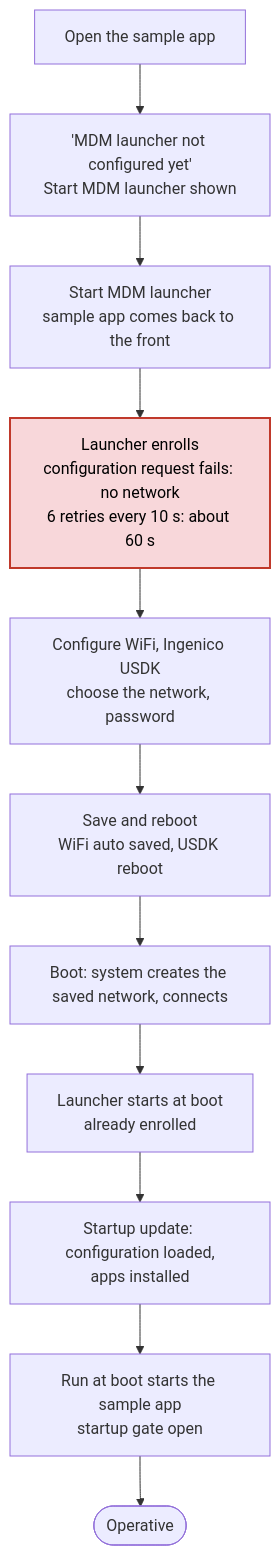
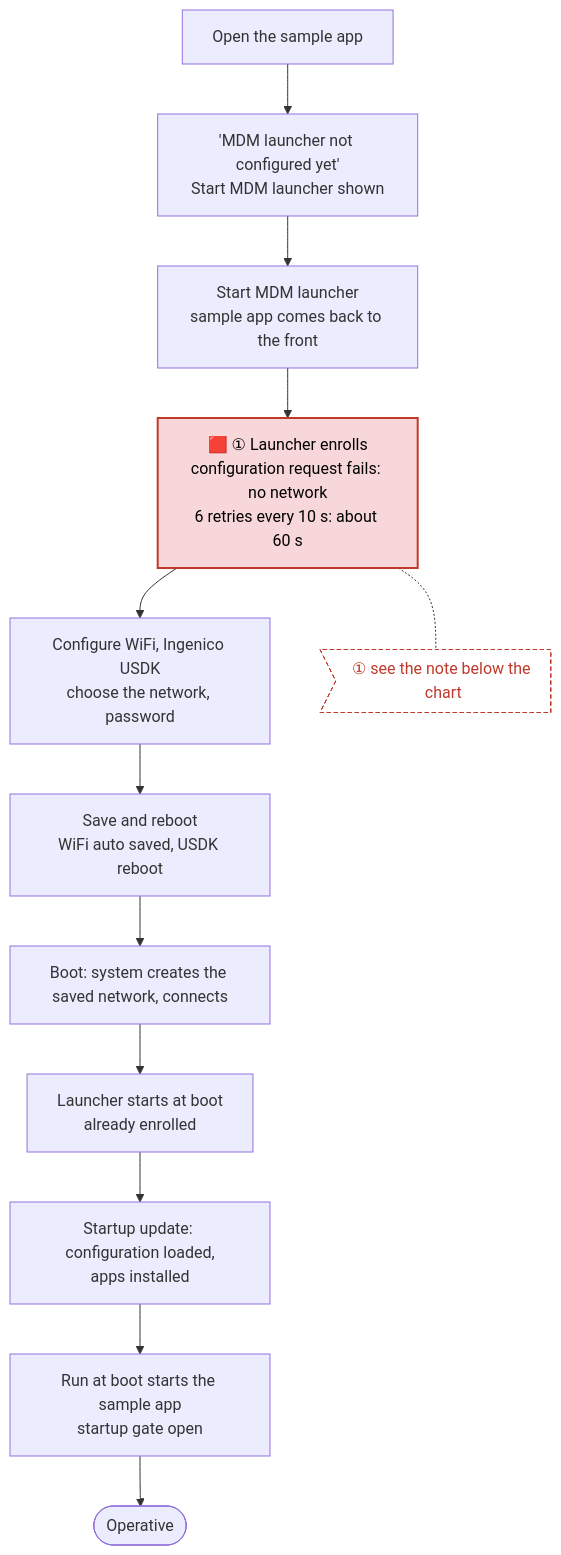
The sixth of 6 diagrams in docs/wifi-setup.md (rch-fw/HmdmChangeDeviceNumber), drawn with Mermaid before and after one commit. The commit also changed other lines of this file, not shown here.

Commit message:
Docs: link the 60 s captions to the red chart blocks

````diff
--- a/docs/wifi-setup.md
+++ b/docs/wifi-setup.md
@@ -284,15 +290,18 @@
 ```mermaid
 flowchart TD
     A[Open the sample app] --> B['MDM launcher not configured yet'<br/>Start MDM launcher shown]
     B --> C[Start MDM launcher<br/>sample app comes back to the front]
-    C --> D[Launcher enrolls<br/>configuration request fails: no network<br/>6 retries every 10 s: about 60 s]
+    C --> D[🟥 ① Launcher enrolls<br/>configuration request fails: no network<br/>6 retries every 10 s: about 60 s]
     D --> E[Configure WiFi, Ingenico USDK<br/>choose the network, password]
     E --> F[Save and reboot<br/>WiFi auto saved, USDK reboot]
     F --> G[Boot: system creates the saved network, connects]
     G --> H[Launcher starts at boot<br/>already enrolled]
     H --> I[Startup update: configuration loaded,<br/>apps installed]
     I --> J[Run at boot starts the sample app<br/>startup gate open]
     J --> K([Operative])
     classDef delay60 fill:#f8d7da,stroke:#c0392b,stroke-width:2px,color:#000
     class D delay60
+    D -.- N1>"① see the note below the chart"]
+    class N1 note60
+    classDef note60 fill:#fff,stroke:#c0392b,stroke-dasharray:4 3,color:#c0392b
 ```
````
